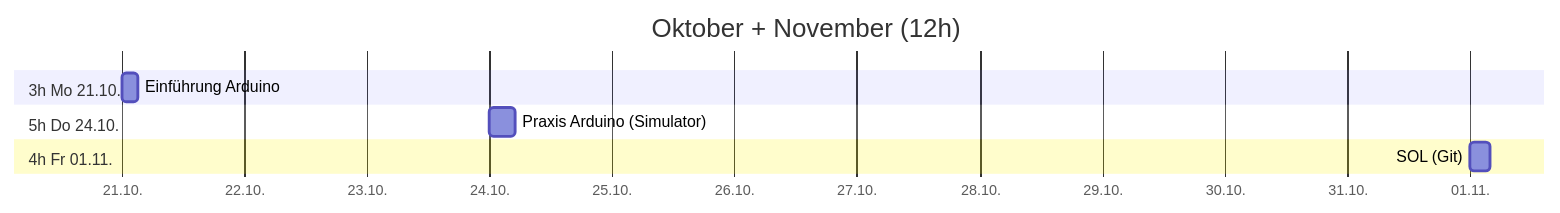
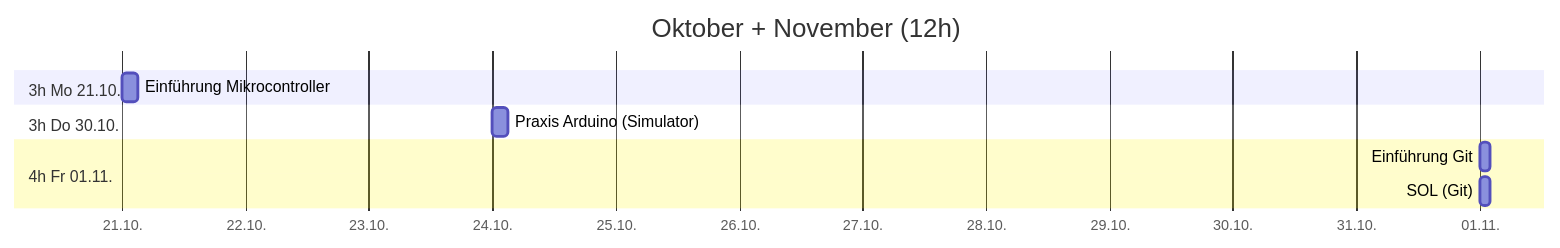
Before and after one commit to passa-wq/LF7: the second of 6 diagrams in src/plan.md, drawn with Mermaid. The commit also changed other lines of this file, not shown here.

````diff
--- a/src/plan.md
+++ b/src/plan.md
@@ -19,12 +19,13 @@
 ```mermaid
 gantt
  title Oktober + November (12h)
  dateFormat YYYY-MM-DD
  axisFormat %d.%m.
  section 3h Mo 21.10.
-  Einführung Arduino          :2024-10-21, 3h
- section 5h Do 24.10.
-  Praxis Arduino (Simulator)  :2024-10-24, 5h
+  Einführung Mikrocontroller  :2024-10-21, 3h
+ section 3h Do 30.10.
+  Praxis Arduino (Simulator)  :2024-10-24, 3h
  section 4h Fr 01.11.
-  SOL (Git)                   :2024-11-01, 4h
+  Einführung Git              :2024-11-01, 2h
+  SOL (Git)                   :2024-11-01, 2h
 ```
````
